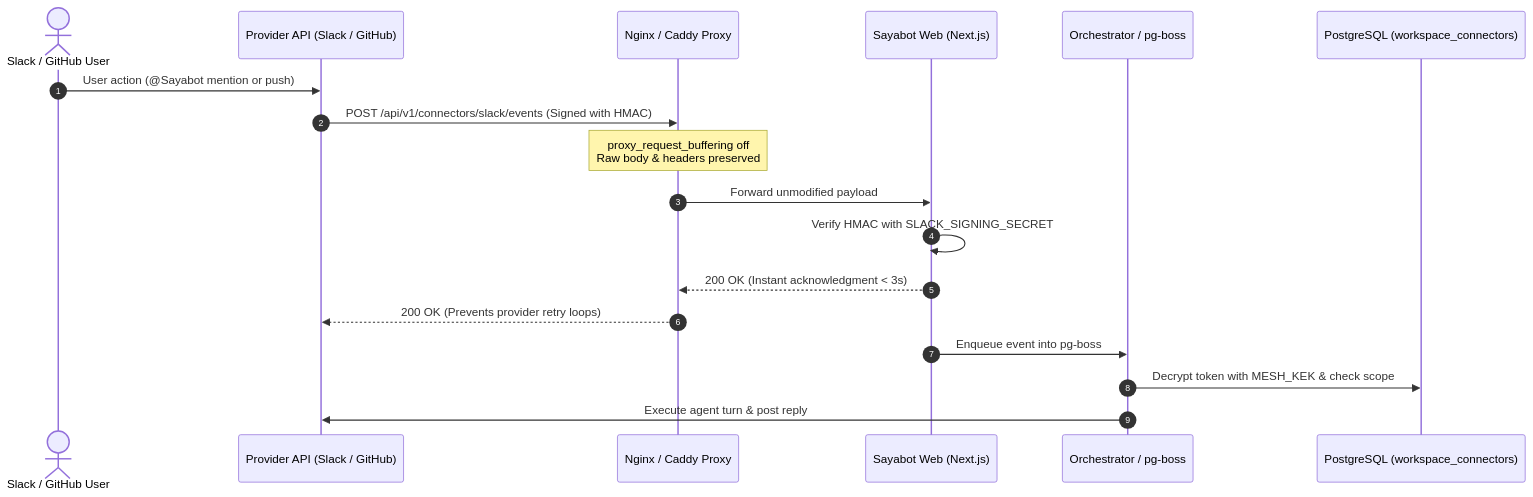
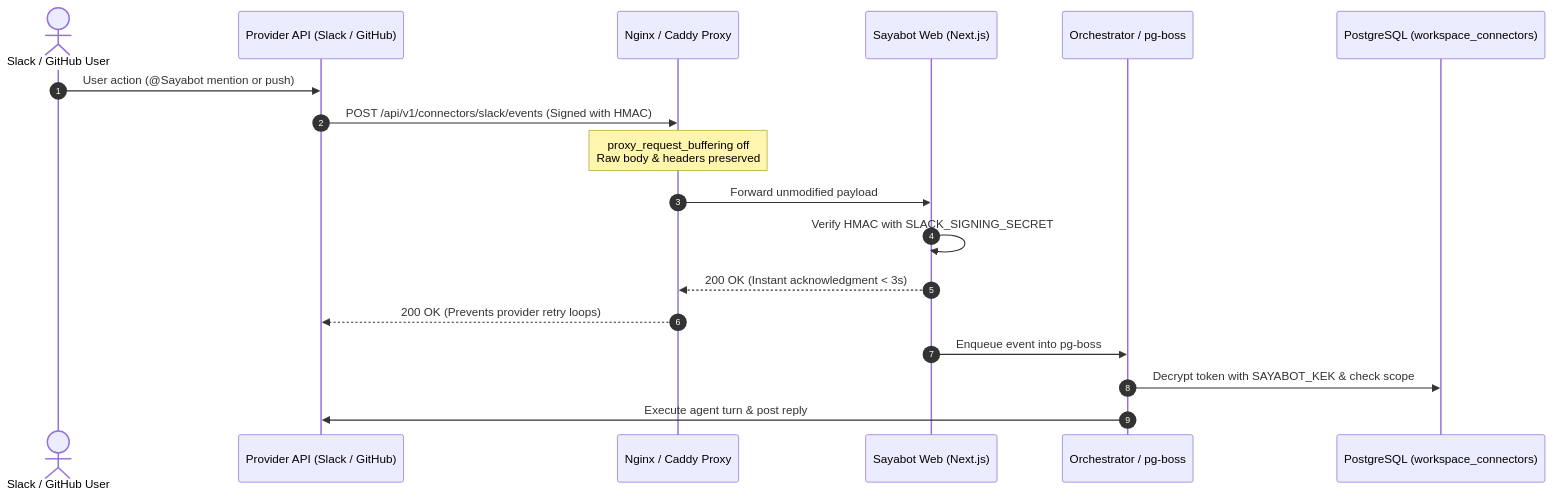
Before and after one commit to anurag3407/sayabot: the second of 2 diagrams in docs/self-hosting.md, drawn with Mermaid. The commit also changed other lines of this file and 4 other files, not shown here.

````diff
--- a/docs/self-hosting.md
+++ b/docs/self-hosting.md
@@ -947,21 +1009,21 @@
 ```mermaid
 sequenceDiagram
     autonumber
     actor User as Slack / GitHub User
     participant Ext as Provider API (Slack / GitHub)
     participant Proxy as Nginx / Caddy Proxy
     participant Web as Sayabot Web (Next.js)
     participant Orch as Orchestrator / pg-boss
     participant DB as PostgreSQL (workspace_connectors)
 
     User->>Ext: User action (@Sayabot mention or push)
     Ext->>Proxy: POST /api/v1/connectors/slack/events (Signed with HMAC)
     Note over Proxy: proxy_request_buffering off<br/>Raw body & headers preserved
     Proxy->>Web: Forward unmodified payload
     Web->>Web: Verify HMAC with SLACK_SIGNING_SECRET
     Web-->>Proxy: 200 OK (Instant acknowledgment < 3s)
     Proxy-->>Ext: 200 OK (Prevents provider retry loops)
     Web->>Orch: Enqueue event into pg-boss
-    Orch->>DB: Decrypt token with MESH_KEK & check scope
+    Orch->>DB: Decrypt token with SAYABOT_KEK & check scope
     Orch->>Ext: Execute agent turn & post reply
 ```
````
